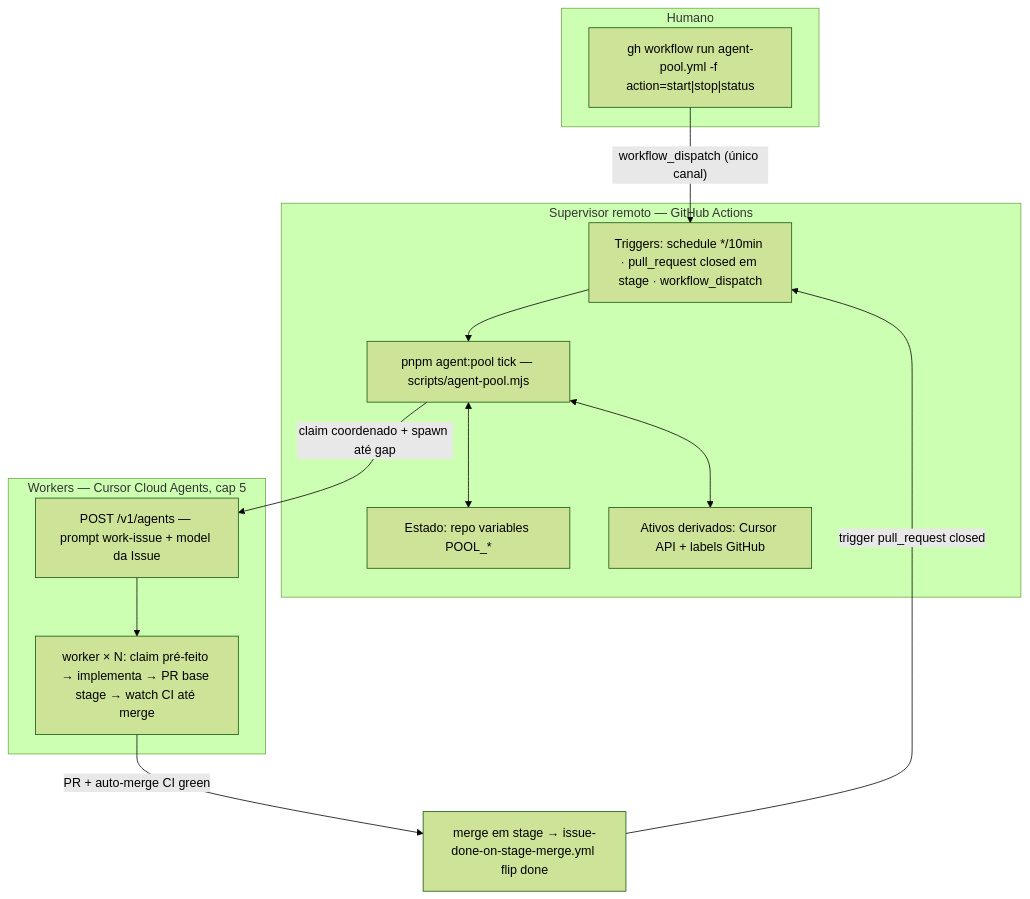
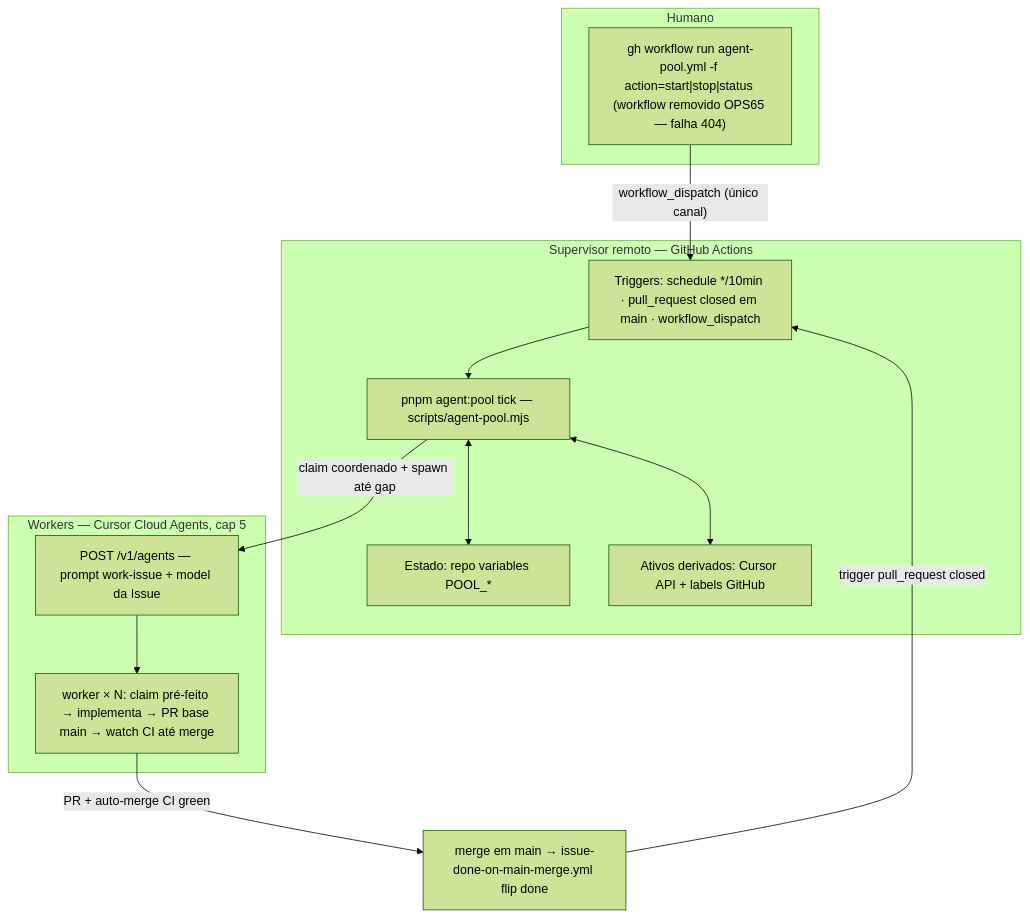
One commit to fsolla/teqo changed the diagram in docs/plans/agent-pool-orchestrator.md. Above: the diagram before and after it, drawn with Mermaid (forest theme). The commit also changed other lines of this file and 7 other files, not shown here.

First line of the commit message:
docs(OPS47): alinha plano do agent-pool à política main-based pós-OPS71

````diff
--- a/docs/plans/agent-pool-orchestrator.md
+++ b/docs/plans/agent-pool-orchestrator.md
@@ -49,27 +51,27 @@
 ```mermaid
 flowchart TB
   subgraph humano [Humano]
-    Cmd["gh workflow run agent-pool.yml -f action=start|stop|status"]
+    Cmd["gh workflow run agent-pool.yml -f action=start|stop|status (workflow removido OPS65 — falha 404)"]
   end
 
   subgraph sup [Supervisor remoto — GitHub Actions]
-    Trig["Triggers: schedule */10min · pull_request closed em stage · workflow_dispatch"]
+    Trig["Triggers: schedule */10min · pull_request closed em main · workflow_dispatch"]
     Tick["pnpm agent:pool tick — scripts/agent-pool.mjs"]
     Vars["Estado: repo variables POOL_*"]
     Derive["Ativos derivados: Cursor API + labels GitHub"]
     Trig --> Tick
     Tick <--> Vars
     Tick <--> Derive
   end
 
   subgraph workers [Workers — Cursor Cloud Agents, cap 5]
     Spawn["POST /v1/agents — prompt work-issue + model da Issue"]
-    W["worker × N: claim pré-feito → implementa → PR base stage → watch CI até merge"]
+    W["worker × N: claim pré-feito → implementa → PR base main → watch CI até merge"]
     Spawn --> W
   end
 
   Cmd -->|"workflow_dispatch (único canal)"| Trig
   Tick -->|"claim coordenado + spawn até gap"| Spawn
-  W -->|"PR + auto-merge CI green"| Merge["merge em stage → issue-done-on-stage-merge.yml flip done"]
+  W -->|"PR + auto-merge CI green"| Merge["merge em main → issue-done-on-main-merge.yml flip done"]
   Merge -->|"trigger pull_request closed"| Trig
 ```
````
